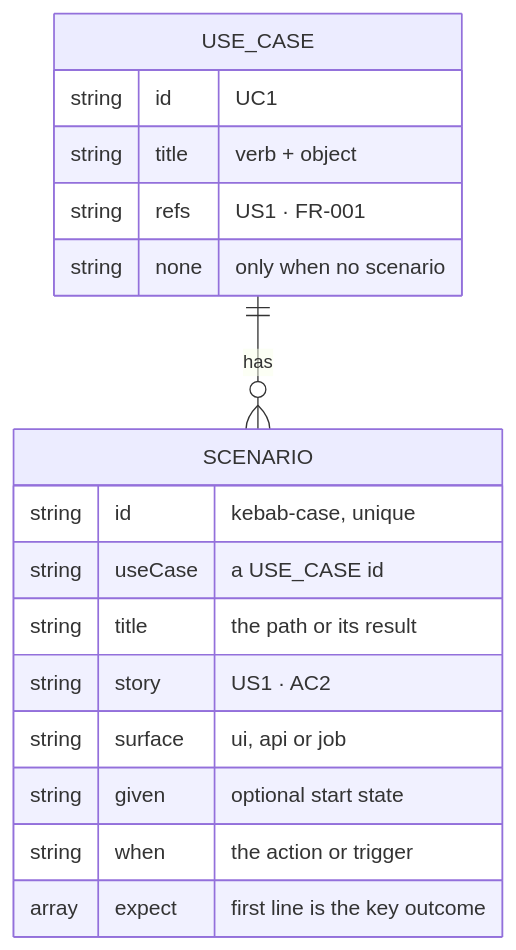
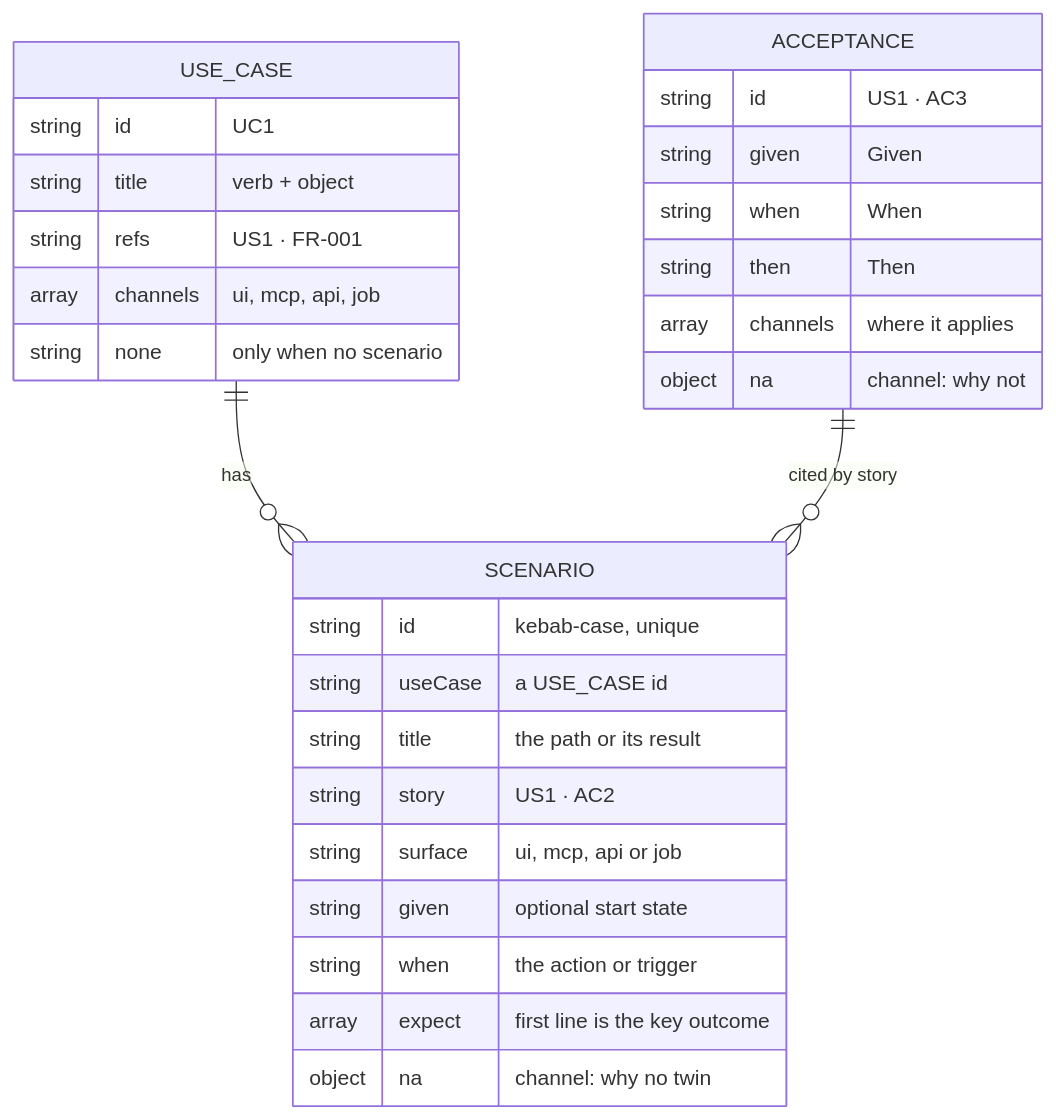
The third of 3 diagrams in plugins/naphatwx-tools/skills/generate-use-case/README.md (naphatwx/naphatwx-tools), drawn with Mermaid before and after one commit. The commit also changed other lines of this file and 66 other files, not shown here.

````diff
--- a/plugins/naphatwx-tools/skills/generate-use-case/README.md
+++ b/plugins/naphatwx-tools/skills/generate-use-case/README.md
@@ -60,20 +64,31 @@
 ```mermaid
 erDiagram
     USE_CASE ||--o{ SCENARIO : "has"
+    ACCEPTANCE ||--o{ SCENARIO : "cited by story"
     USE_CASE {
         string id "UC1"
         string title "verb + object"
         string refs "US1 · FR-001"
+        array channels "ui, mcp, api, job"
         string none "only when no scenario"
+    }
+    ACCEPTANCE {
+        string id "US1 · AC3"
+        string given "Given"
+        string when "When"
+        string then "Then"
+        array channels "where it applies"
+        object na "channel: why not"
     }
     SCENARIO {
         string id "kebab-case, unique"
         string useCase "a USE_CASE id"
         string title "the path or its result"
         string story "US1 · AC2"
-        string surface "ui, api or job"
+        string surface "ui, mcp, api or job"
         string given "optional start state"
         string when "the action or trigger"
         array expect "first line is the key outcome"
+        object na "channel: why no twin"
     }
 ```
````
